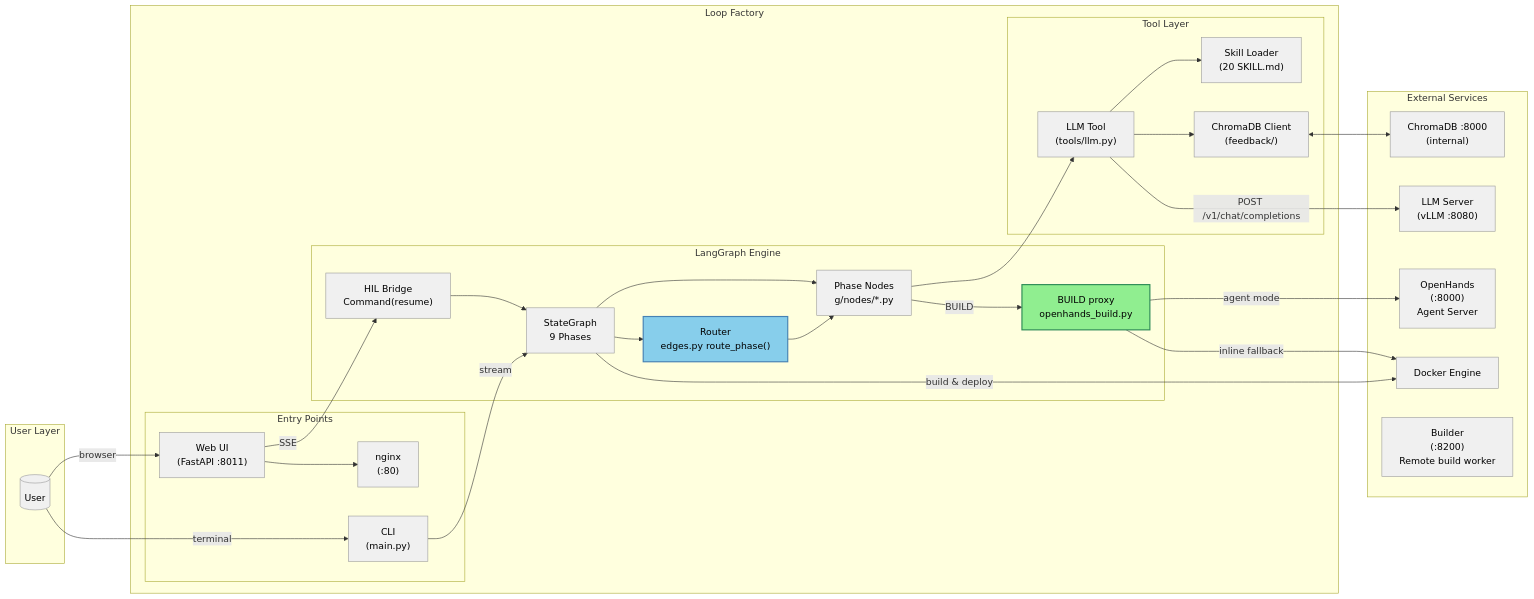
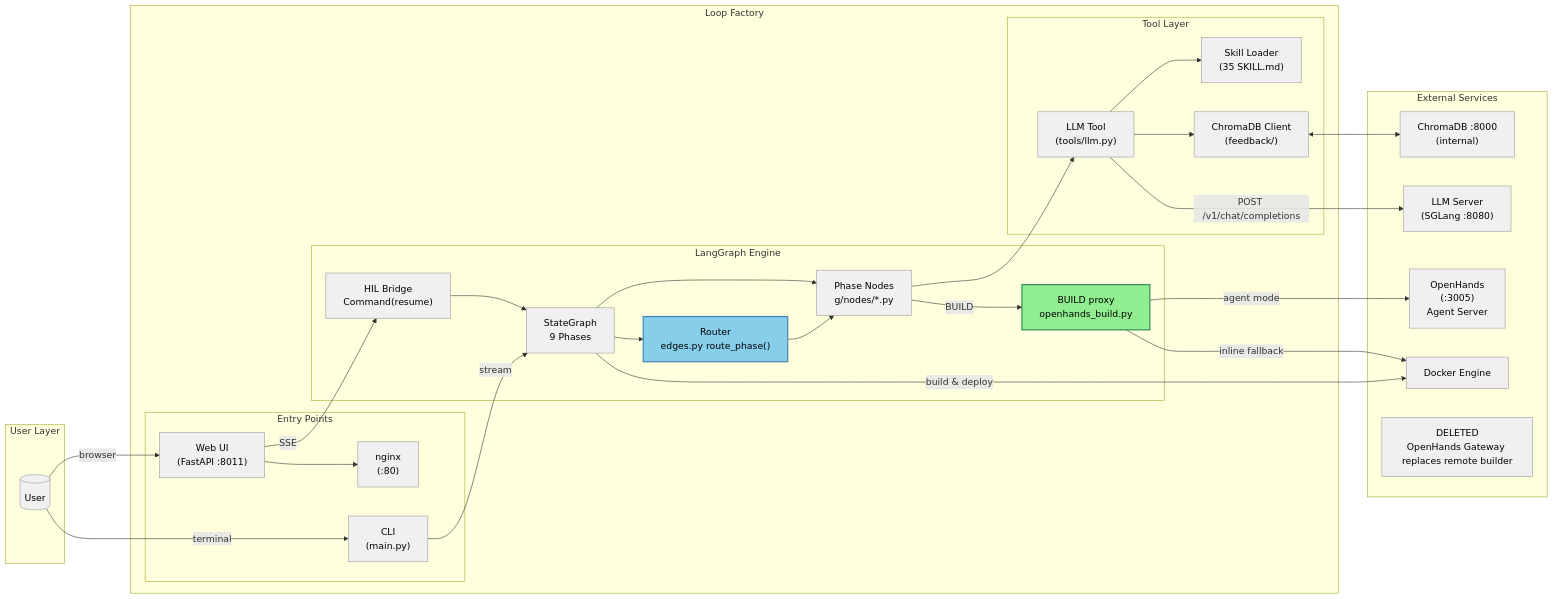
The third of 4 diagrams in README.md (terrygzhou/loop_engineering_factory), drawn with Mermaid before and after one commit. The commit also changed other lines of this file, not shown here.

````diff
--- a/README.md
+++ b/README.md
@@ -109,65 +100,65 @@
 ```mermaid
 graph LR
     subgraph User["User Layer"]
         U[("User")]
     end
 
     subgraph LoopFactory["Loop Factory"]
         subgraph Entry["Entry Points"]
             CLI["CLI<br/>(main.py)"]
             WebUI["Web UI<br/>(FastAPI :8011)"]
             Nginx["nginx<br/>(:80)"]
         end
 
         subgraph Engine["LangGraph Engine"]
             Graph["StateGraph<br/>9 Phases"]
             Nodes["Phase Nodes<br/>g/nodes/*.py"]
             Bridge["HIL Bridge<br/>Command(resume)"]
             BuildProxy["BUILD proxy<br/>openhands_build.py"]
             Router["Router<br/>edges.py route_phase()"]
         end
 
         subgraph Tools["Tool Layer"]
             LLM["LLM Tool<br/>(tools/llm.py)"]
-            Skills["Skill Loader<br/>(20 SKILL.md)"]
+            Skills["Skill Loader<br/>(35 SKILL.md)"]
             ChromaC["ChromaDB Client<br/>(feedback/)"]
         end
     end
 
     subgraph External["External Services"]
-        LLM_Srv["LLM Server<br/>(vLLM :8080)"]
+        LLM_Srv["LLM Server<br/>(SGLang :8080)"]
         Docker["Docker Engine"]
         Chroma["ChromaDB :8000<br/>(internal)"]
-        OpenHands["OpenHands<br/>(:8000)<br/>Agent Server"]
-        Builder["Builder<br/>(:8200)<br/>Remote build worker"]
+        OpenHands["OpenHands<br/>(:3005)<br/>Agent Server"]
+        Builder["DELETED<br/>OpenHands Gateway replaces remote builder"]
     end
 
     U -->|browser| WebUI
     U -->|terminal| CLI
     CLI -->|stream| Graph
     WebUI -->|SSE| Bridge
     Bridge --> Graph
     Graph --> Nodes
     Graph --> Router
     Router --> Nodes
     Nodes --> LLM
     LLM --> Skills
     LLM --> ChromaC
     LLM -->|"POST /v1/chat/completions"| LLM_Srv
     Graph -->|"build & deploy"| Docker
     ChromaC <--> Chroma
     WebUI --> Nginx
 
     %% BUILD: OpenHands agent delegation with inline fallback
     Nodes -->|"BUILD"| BuildProxy
     BuildProxy -->|"agent mode"| OpenHands
     BuildProxy -->|"inline fallback"| Docker
 
     classDef default fill:#F0F0F0,stroke:#999,stroke-width:1px,color:#000
     classDef hil fill:#FFD700,stroke:#B8860B,stroke-width:2px,color:#000
     classDef agent fill:#90EE90,stroke:#2E8B57,stroke-width:2px,color:#000
     classDef router fill:#87CEEB,stroke:#4682B4,stroke-width:2px,color:#000
     class BuildProxy agent
     class OpenHands,Builder external
     class Router router
 ```
````
